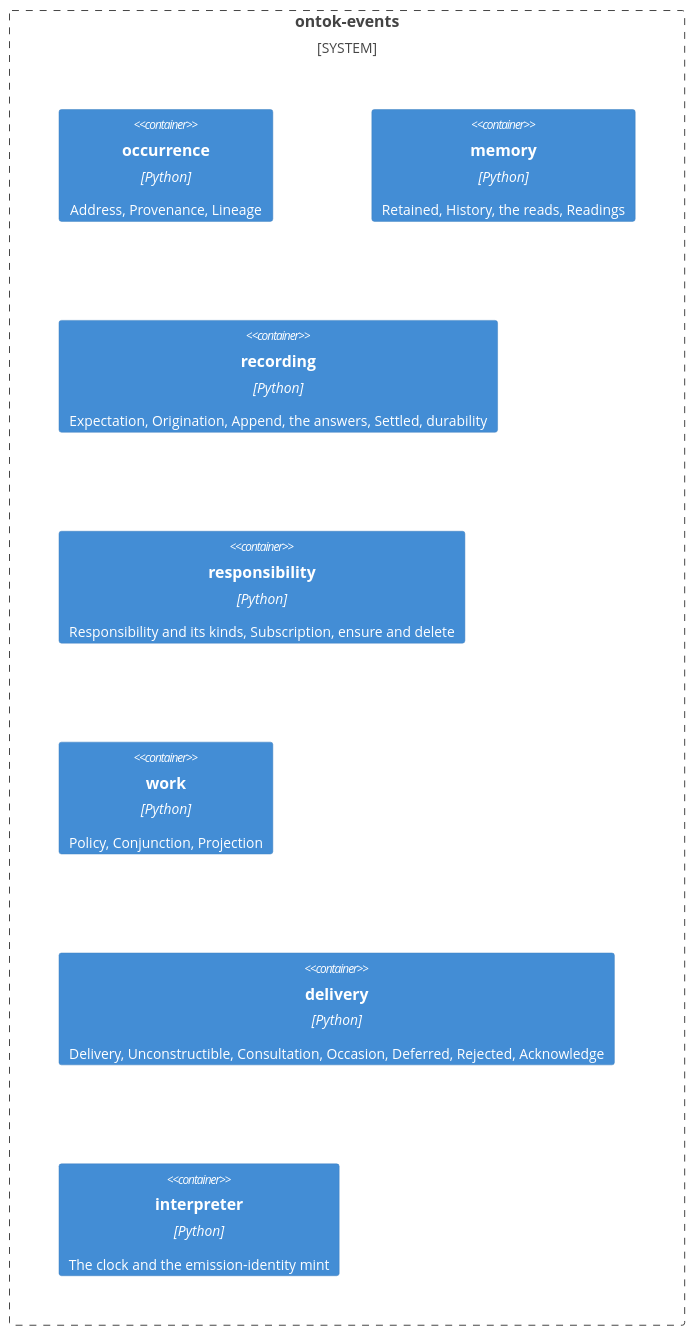
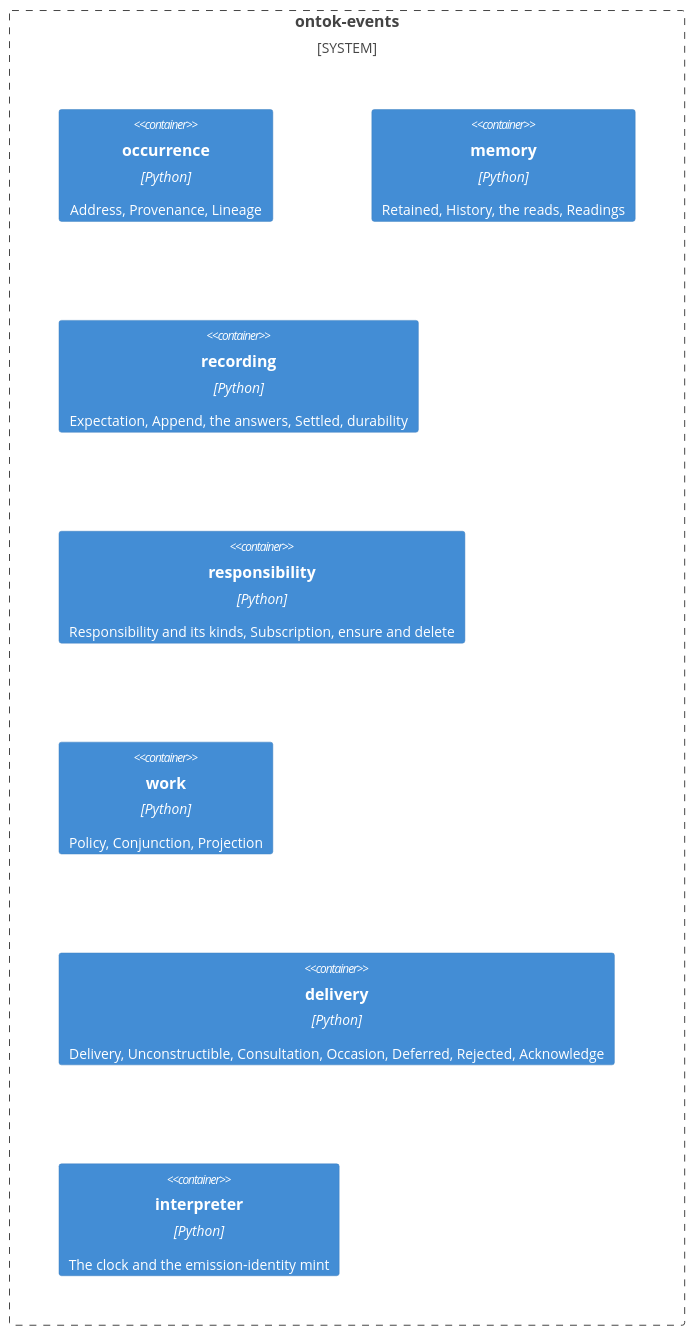
Before and after one commit to kylejtobin/ontok: the second of 3 diagrams in wiki/architecture/ontok-events.md, drawn with Mermaid.

Commit message:
The building blocks name what exists: one append

````diff
--- a/wiki/architecture/ontok-events.md
+++ b/wiki/architecture/ontok-events.md
@@ -52,12 +52,12 @@
 ```mermaid
 C4Container
   System_Boundary(events, "ontok-events") {
     Container(occurrence, "occurrence", "Python", "Address, Provenance, Lineage")
     Container(memory, "memory", "Python", "Retained, History, the reads, Readings")
-    Container(recording, "recording", "Python", "Expectation, Origination, Append, the answers, Settled, durability")
+    Container(recording, "recording", "Python", "Expectation, Append, the answers, Settled, durability")
     Container(responsibility, "responsibility", "Python", "Responsibility and its kinds, Subscription, ensure and delete")
     Container(work, "work", "Python", "Policy, Conjunction, Projection")
     Container(delivery, "delivery", "Python", "Delivery, Unconstructible, Consultation, Occasion, Deferred, Rejected, Acknowledge")
     Container(interpreter, "interpreter", "Python", "The clock and the emission-identity mint")
   }
 ```
````
